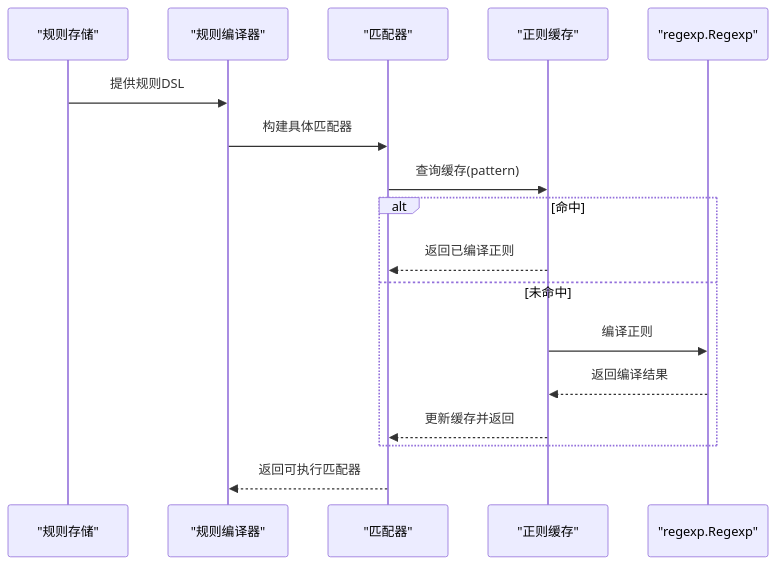
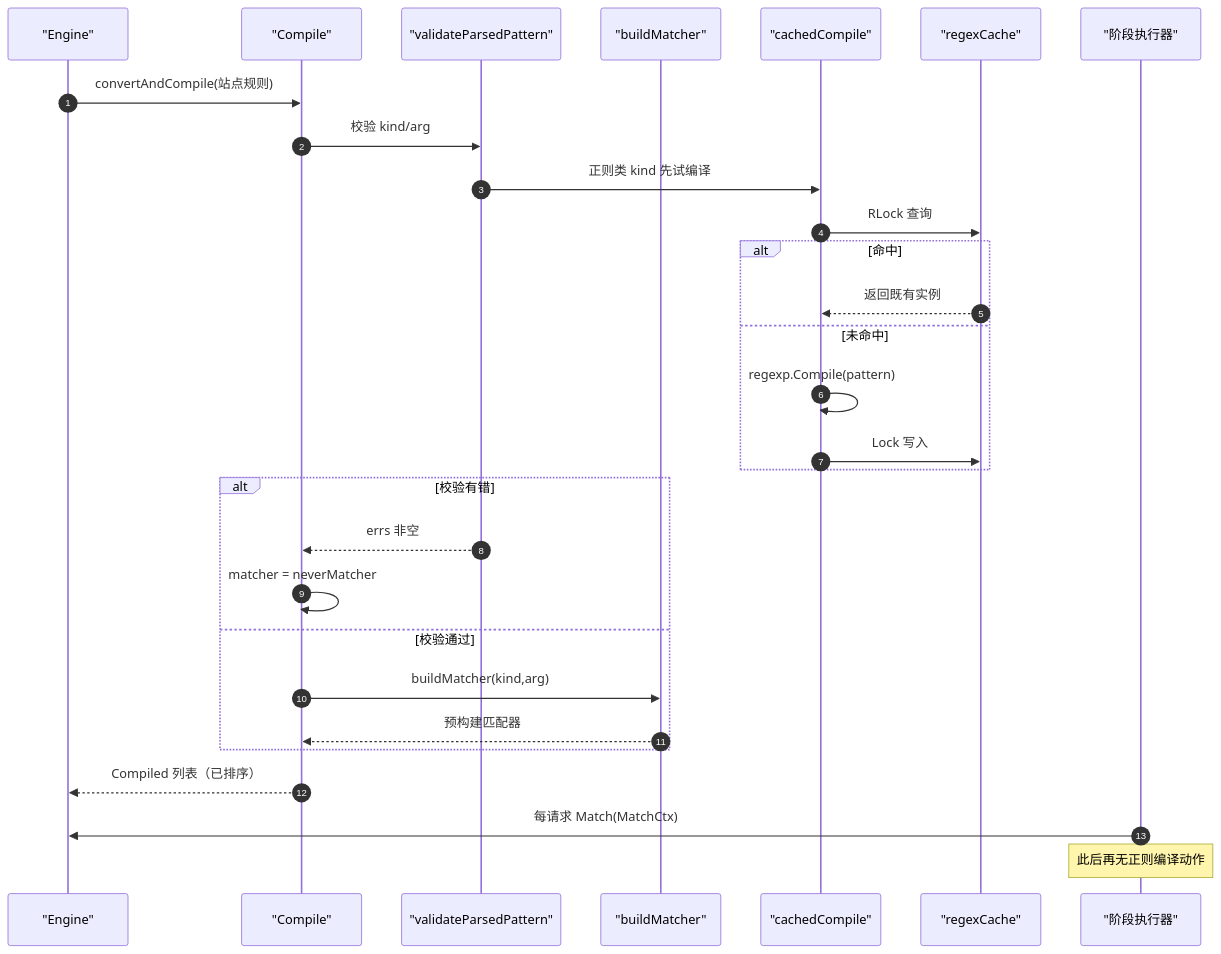
One commit to x01n/My-OpenWaf changed the second of 4 diagrams in docs/WAF 引擎系统/规则匹配器/正则表达式优化.md. Above: the diagram before and after it, drawn with Mermaid. The commit also changed other lines of this file and 622 other files, not shown here.

````diff
--- a/docs/WAF 引擎系统/规则匹配器/正则表达式优化.md
+++ b/docs/WAF 引擎系统/规则匹配器/正则表达式优化.md
@@ -95,19 +128,31 @@
 ```mermaid
 sequenceDiagram
-participant Rule as "规则存储"
-participant Compiler as "规则编译器"
-participant Matcher as "匹配器"
-participant Cache as "正则缓存"
-participant Regexp as "regexp.Regexp"
-Rule->>Compiler : 提供规则DSL
-Compiler->>Matcher : 构建具体匹配器
-Matcher->>Cache : 查询缓存(pattern)
-alt 命中
-Cache-->>Matcher : 返回已编译正则
-else 未命中
-Cache->>Regexp : 编译正则
-Regexp-->>Cache : 返回编译结果
-Cache-->>Matcher : 更新缓存并返回
-end
-Matcher-->>Compiler : 返回可执行匹配器
+  autonumber
+  participant ENG as "Engine"
+  participant CMP as "Compile"
+  participant VAL as "validateParsedPattern"
+  participant BM as "buildMatcher"
+  participant CC as "cachedCompile"
+  participant RC as "regexCache"
+  participant PH as "阶段执行器"
+  ENG->>CMP: convertAndCompile(站点规则)
+  CMP->>VAL: 校验 kind/arg
+  VAL->>CC: 正则类 kind 先试编译
+  CC->>RC: RLock 查询
+  alt 命中
+    RC-->>CC: 返回既有实例
+  else 未命中
+    CC->>CC: regexp.Compile(pattern)
+    CC->>RC: Lock 写入
+  end
+  alt 校验有错
+    VAL-->>CMP: errs 非空
+    CMP->>CMP: matcher = neverMatcher
+  else 校验通过
+    CMP->>BM: buildMatcher(kind,arg)
+    BM-->>CMP: 预构建匹配器
+  end
+  CMP-->>ENG: Compiled 列表（已排序）
+  PH->>ENG: 每请求 Match(MatchCtx)
+  Note over PH: 此后再无正则编译动作
 ```
````
